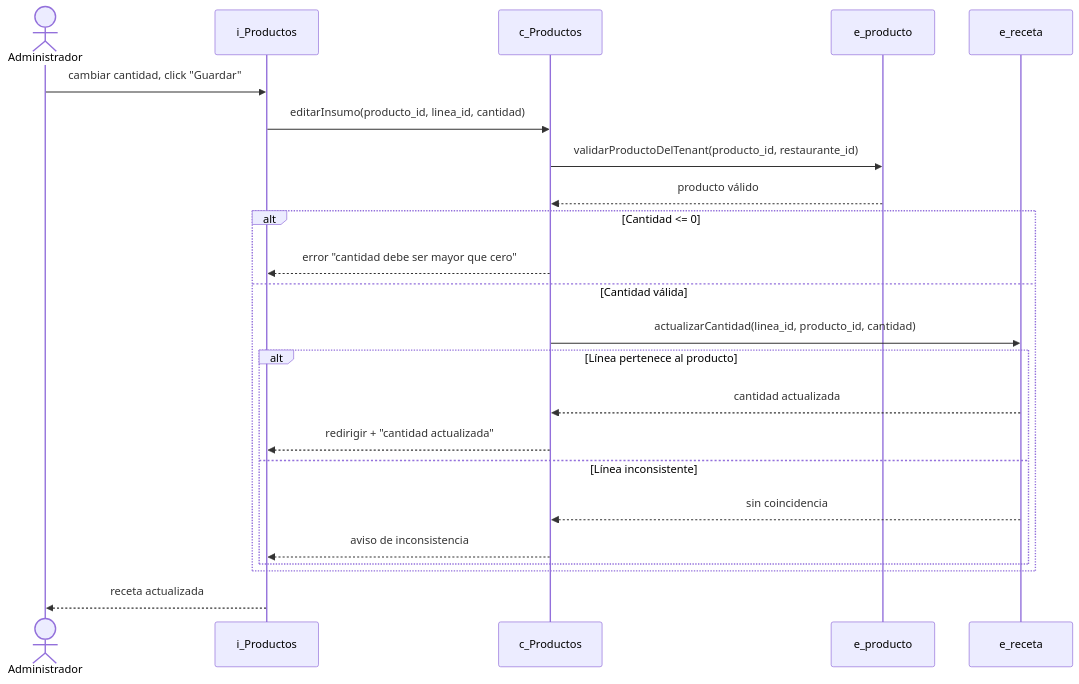
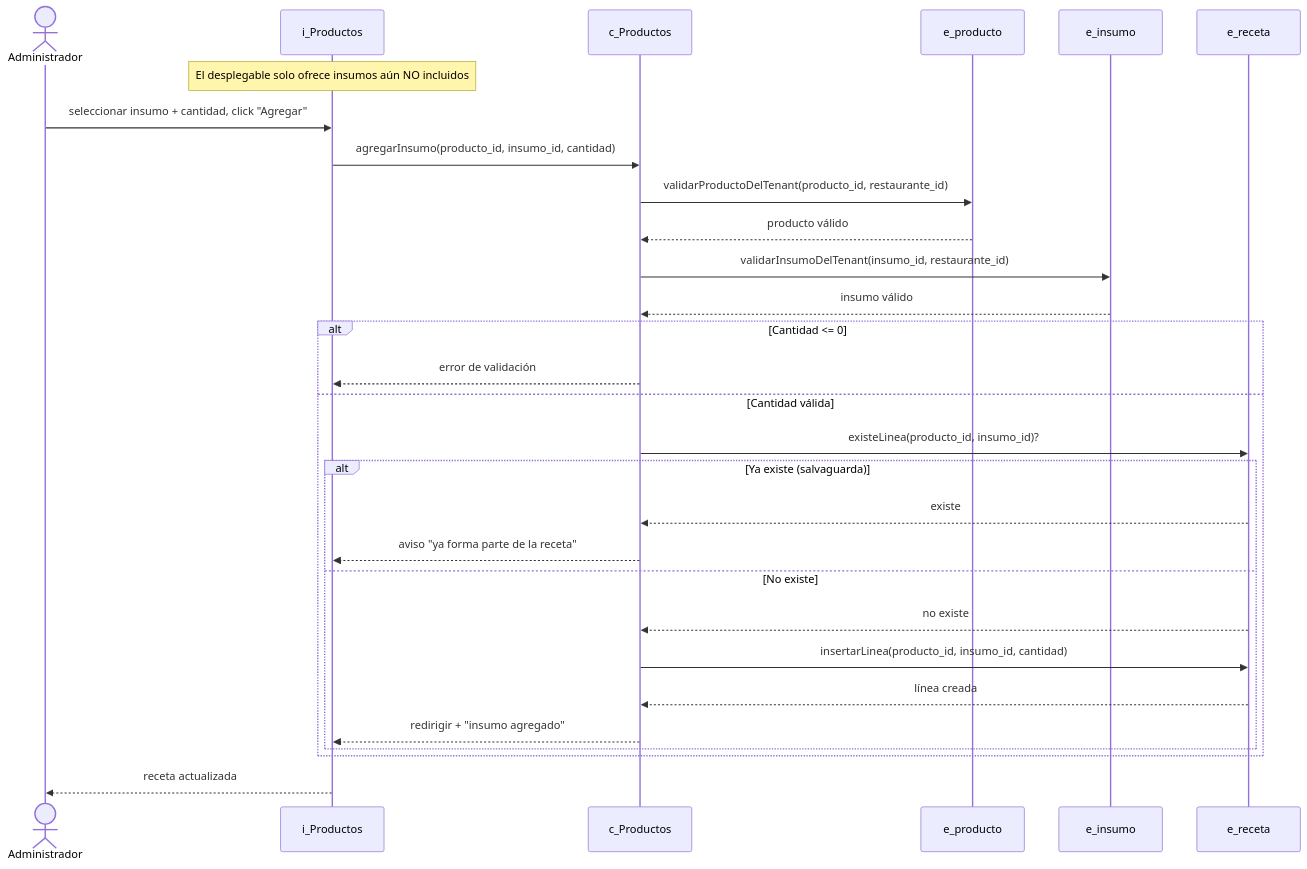
Before and after one commit to Zarcooh/big-royal-saas: the sixth of 8 diagrams in docs/diagramas-secuencia-productos.md, drawn with Mermaid. The commit also changed other lines of this file, not shown here.

First line of the commit message:
docs: agregar diagramas de secuencia CU-23/24/25 y limpiar el modulo

````diff
--- a/docs/diagramas-secuencia-productos.md
+++ b/docs/diagramas-secuencia-productos.md
@@ -144,26 +163,32 @@
 ```mermaid
 sequenceDiagram
     actor Admin as Administrador
     participant iR as i_Productos
     participant cR as c_Productos
     participant eProd as e_producto
+    participant eIns as e_insumo
     participant eRec as e_receta
 
-    Admin->>iR: cambiar cantidad, click "Guardar"
-    iR->>cR: editarInsumo(producto_id, linea_id, cantidad)
+    Note over iR: El desplegable solo ofrece insumos aún NO incluidos
+    Admin->>iR: seleccionar insumo + cantidad, click "Agregar"
+    iR->>cR: agregarInsumo(producto_id, insumo_id, cantidad)
     cR->>eProd: validarProductoDelTenant(producto_id, restaurante_id)
     eProd-->>cR: producto válido
+    cR->>eIns: validarInsumoDelTenant(insumo_id, restaurante_id)
+    eIns-->>cR: insumo válido
     alt Cantidad <= 0
-        cR-->>iR: error "cantidad debe ser mayor que cero"
+        cR-->>iR: error de validación
     else Cantidad válida
-        cR->>eRec: actualizarCantidad(linea_id, producto_id, cantidad)
-        alt Línea pertenece al producto
-            eRec-->>cR: cantidad actualizada
-            cR-->>iR: redirigir + "cantidad actualizada"
-        else Línea inconsistente
-            eRec-->>cR: sin coincidencia
-            cR-->>iR: aviso de inconsistencia
+        cR->>eRec: existeLinea(producto_id, insumo_id)?
+        alt Ya existe (salvaguarda)
+            eRec-->>cR: existe
+            cR-->>iR: aviso "ya forma parte de la receta"
+        else No existe
+            eRec-->>cR: no existe
+            cR->>eRec: insertarLinea(producto_id, insumo_id, cantidad)
+            eRec-->>cR: línea creada
+            cR-->>iR: redirigir + "insumo agregado"
         end
     end
     iR-->>Admin: receta actualizada
 ```
````
